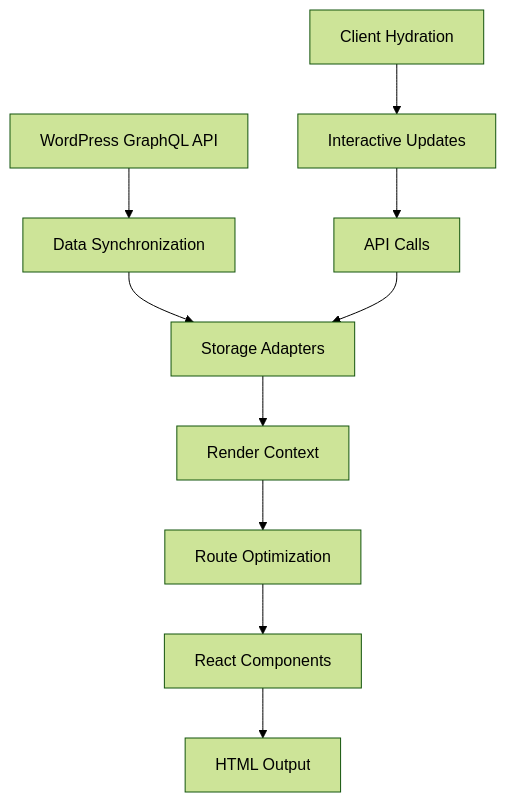
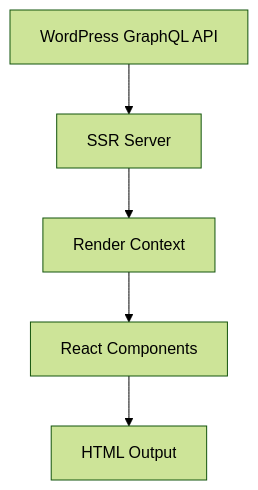
Before and after one commit to buildy-ui/ssr-starter: the diagram in docs/guides/data-flow.md, drawn with Mermaid (forest theme). The commit also changed other lines of this file and 13 other files, not shown here.

````diff
--- a/docs/guides/data-flow.md
+++ b/docs/guides/data-flow.md
@@ -9,13 +9,7 @@
 ```mermaid
 graph TD
-    A[WordPress GraphQL API] --> B[Data Synchronization]
-    B --> C[Storage Adapters]
-    C --> D[Render Context]
-    D --> E[Route Optimization]
-    E --> F[React Components]
-    F --> G[HTML Output]
-
-    H[Client Hydration] --> I[Interactive Updates]
-    I --> J[API Calls]
-    J --> C
+    A[WordPress GraphQL API] --> B[SSR Server]
+    B --> C[Render Context]
+    C --> D[React Components]
+    D --> E[HTML Output]
 ```
````
